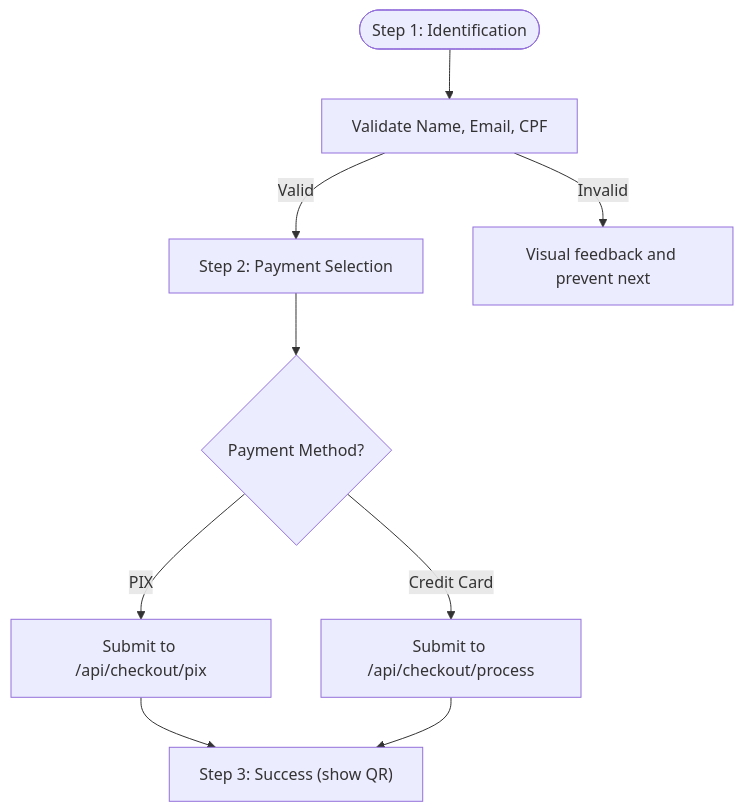
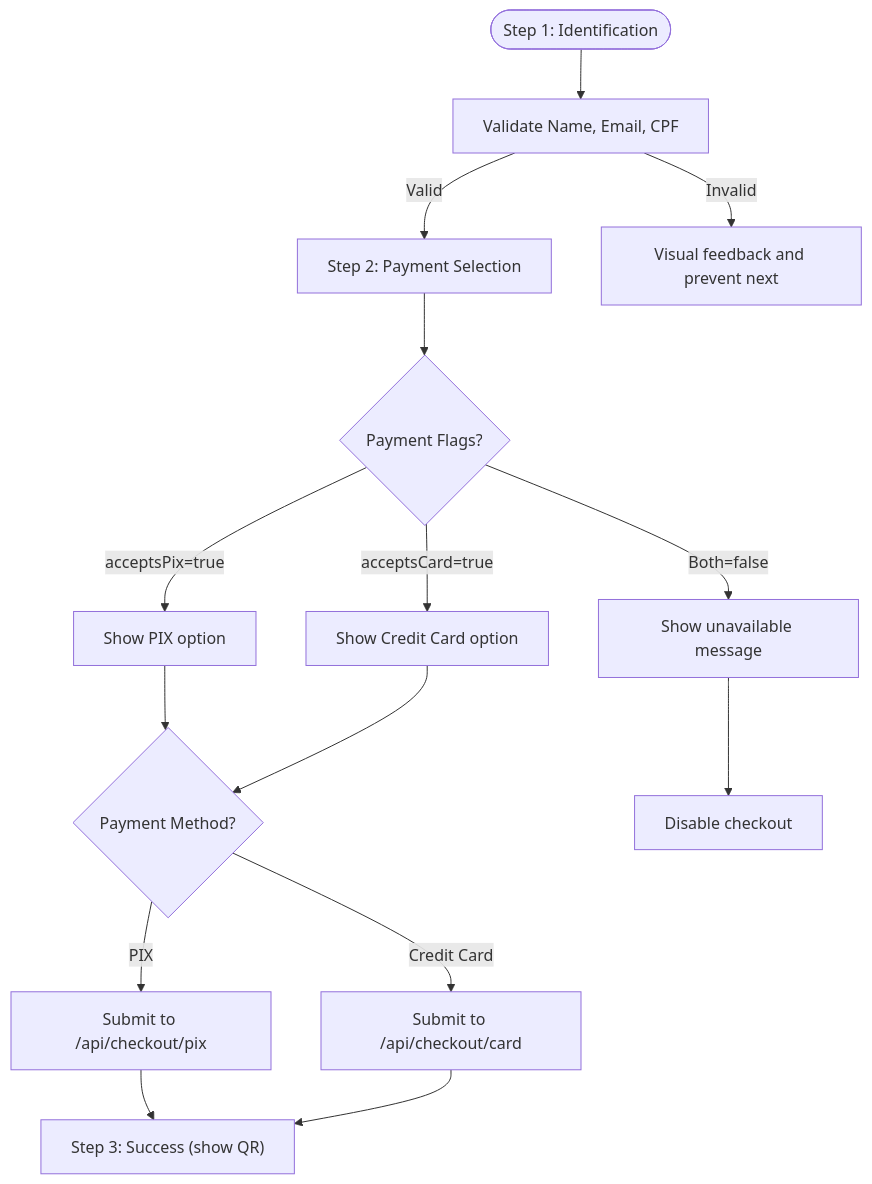
One commit to eromedrive2tb-gif/Avitrine changed the third of 8 diagrams in .qoder/repowiki/en/content/Payment Processing System/Payment Methods & Workflows.md. Above: the diagram before and after it, drawn with Mermaid. The commit also changed other lines of this file and 18 other files, not shown here.

````diff
--- a/.qoder/repowiki/en/content/Payment Processing System/Payment Methods & Workflows.md
+++ b/.qoder/repowiki/en/content/Payment Processing System/Payment Methods & Workflows.md
@@ -168,11 +184,17 @@
 ```mermaid
 flowchart TD
 Start(["Step 1: Identification"]) --> Validate["Validate Name, Email, CPF"]
 Validate --> |Valid| Step2["Step 2: Payment Selection"]
 Validate --> |Invalid| Shake["Visual feedback and prevent next"]
-Step2 --> Method{"Payment Method?"}
+Step2 --> CheckFlags{"Payment Flags?"}
+CheckFlags --> |acceptsPix=true| ShowPix["Show PIX option"]
+CheckFlags --> |acceptsCard=true| ShowCard["Show Credit Card option"]
+CheckFlags --> |Both=false| ShowUnavailable["Show unavailable message"]
+ShowPix --> Method{"Payment Method?"}
+ShowCard --> Method
+ShowUnavailable --> End["Disable checkout"]
 Method --> |PIX| ProcessPix["Submit to /api/checkout/pix"]
-Method --> |Credit Card| ProcessCC["Submit to /api/checkout/process"]
+Method --> |Credit Card| ProcessCC["Submit to /api/checkout/card"]
 ProcessPix --> Success["Step 3: Success (show QR)"]
 ProcessCC --> Success
 ```
````
